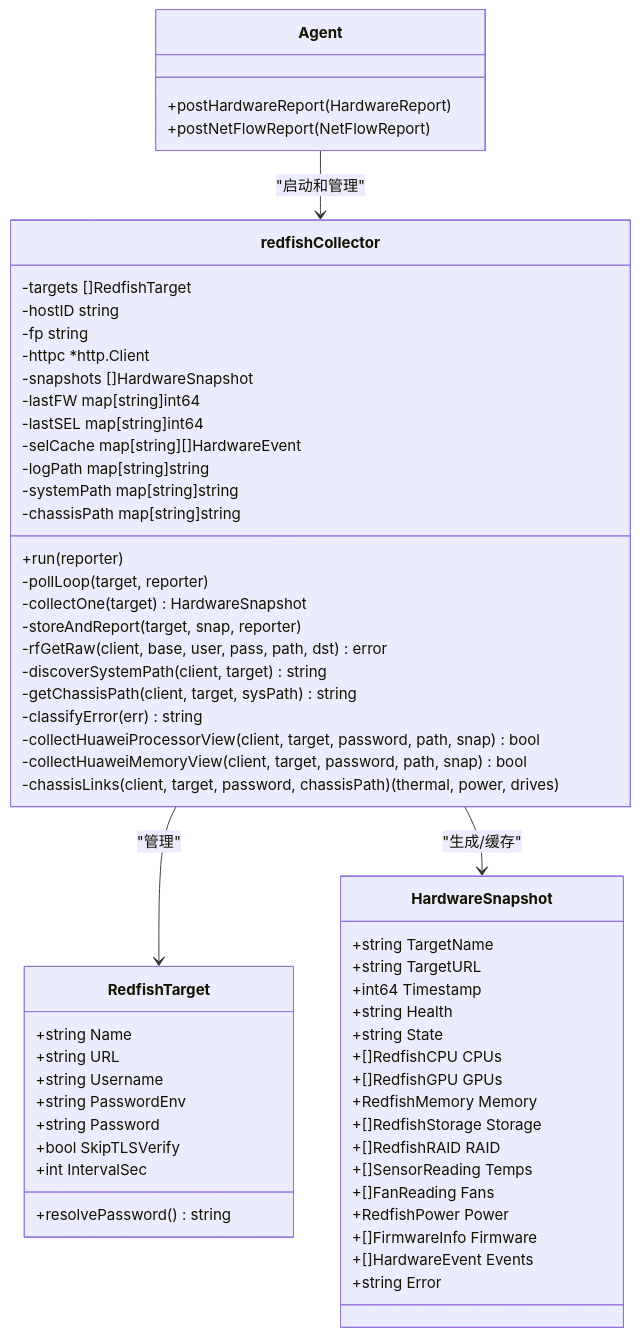
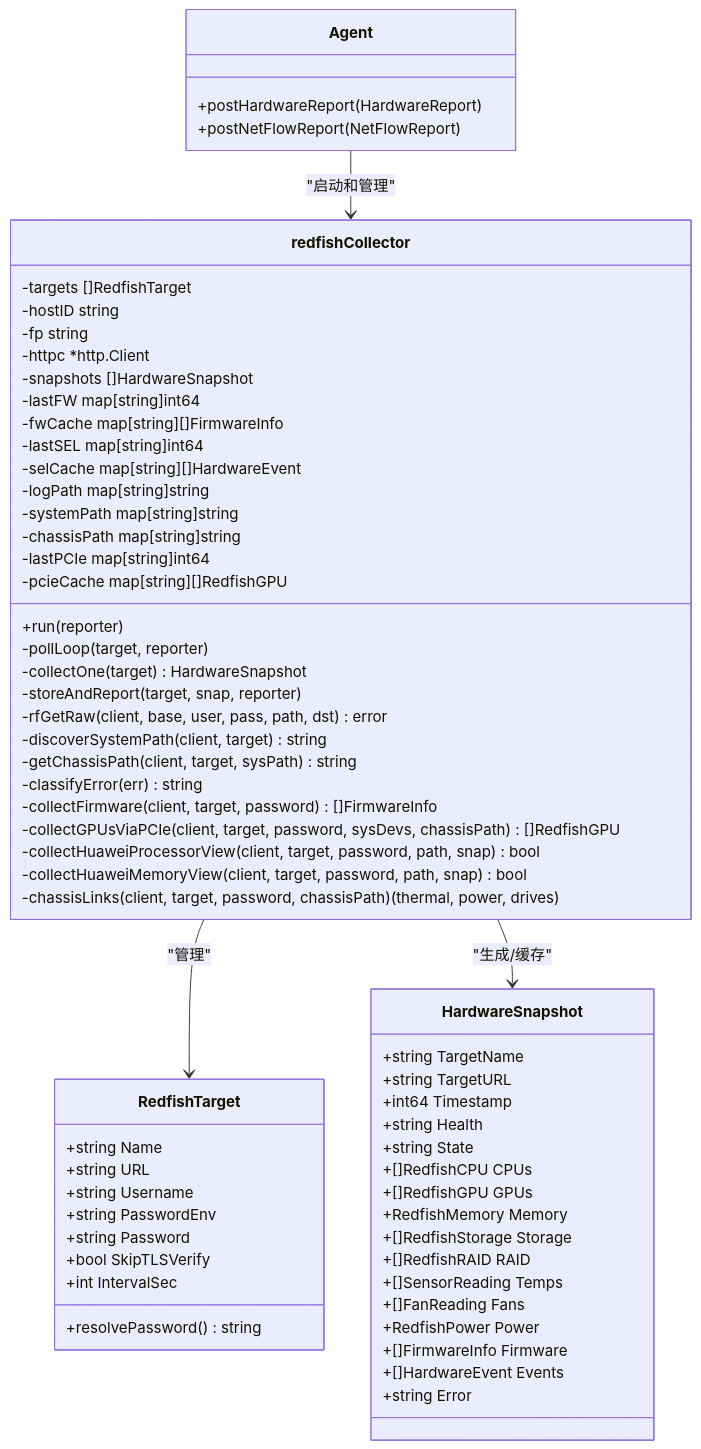
The third of 6 diagrams in .qoder/repowiki/zh/content/架构设计/Agent 客户端架构/Redfish硬件采集器.md (sreyun/aiops-monitor), drawn with Mermaid before and after one commit. The commit also changed other lines of this file and 41 other files, not shown here.

````diff
--- a/.qoder/repowiki/zh/content/架构设计/Agent 客户端架构/Redfish硬件采集器.md
+++ b/.qoder/repowiki/zh/content/架构设计/Agent 客户端架构/Redfish硬件采集器.md
@@ -719,62 +747,67 @@
 ```mermaid
 classDiagram
 class RedfishTarget {
 +string Name
 +string URL
 +string Username
 +string PasswordEnv
 +string Password
 +bool SkipTLSVerify
 +int IntervalSec
 +resolvePassword() string
 }
 class redfishCollector {
 -targets []RedfishTarget
 -hostID string
 -fp string
 -httpc *http.Client
 -snapshots []HardwareSnapshot
 -lastFW map[string]int64
+-fwCache map[string][]FirmwareInfo
 -lastSEL map[string]int64
 -selCache map[string][]HardwareEvent
 -logPath map[string]string
 -systemPath map[string]string
 -chassisPath map[string]string
+-lastPCIe map[string]int64
+-pcieCache map[string][]RedfishGPU
 +run(reporter)
 -pollLoop(target, reporter)
 -collectOne(target) HardwareSnapshot
 -storeAndReport(target, snap, reporter)
 -rfGetRaw(client, base, user, pass, path, dst) error
 -discoverSystemPath(client, target) string
 -getChassisPath(client, target, sysPath) string
 -classifyError(err) string
+-collectFirmware(client, target, password) []FirmwareInfo
+-collectGPUsViaPCIe(client, target, password, sysDevs, chassisPath) []RedfishGPU
 -collectHuaweiProcessorView(client, target, password, path, snap) bool
 -collectHuaweiMemoryView(client, target, password, path, snap) bool
 -chassisLinks(client, target, password, chassisPath) (thermal, power, drives)
 }
 class HardwareSnapshot {
 +string TargetName
 +string TargetURL
 +int64 Timestamp
 +string Health
 +string State
 +[]RedfishCPU CPUs
 +[]RedfishGPU GPUs
 +RedfishMemory Memory
 +[]RedfishStorage Storage
 +[]RedfishRAID RAID
 +[]SensorReading Temps
 +[]FanReading Fans
 +RedfishPower Power
 +[]FirmwareInfo Firmware
 +[]HardwareEvent Events
 +string Error
 }
 class Agent {
 +postHardwareReport(HardwareReport)
 +postNetFlowReport(NetFlowReport)
 }
 redfishCollector --> RedfishTarget : "管理"
 redfishCollector --> HardwareSnapshot : "生成/缓存"
 Agent --> redfishCollector : "启动和管理"
 ```
````
